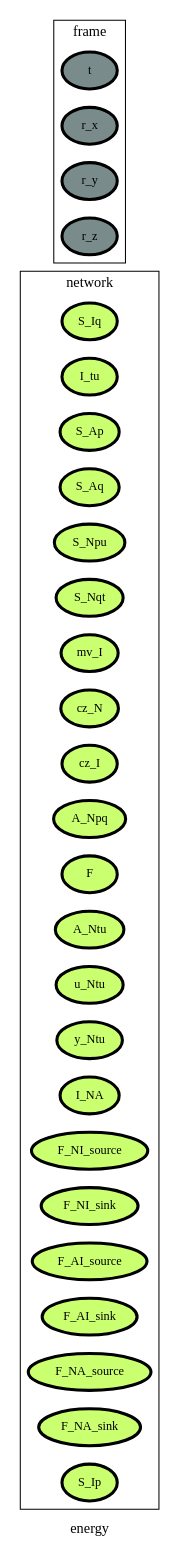
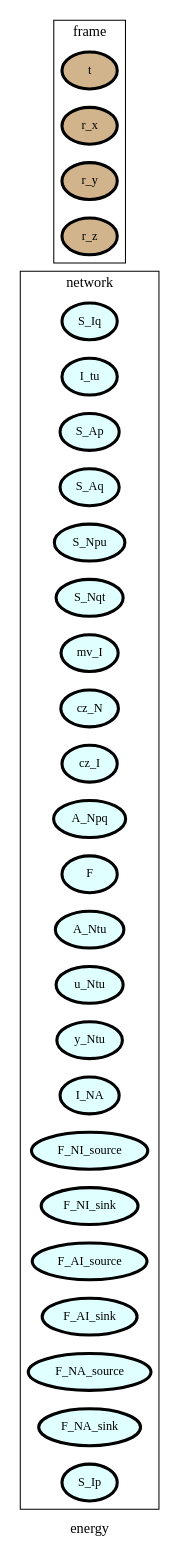
One commit to heinz-preisig/processes_starter changed the diagram in ontology_graphs/graph__energy.dot. Above: the diagram before and after it, drawn with Graphviz. The commit also changed 28 other files, not shown here.

```diff
--- a/ontology_graphs/graph__energy.dot
+++ b/ontology_graphs/graph__energy.dot
@@ -1,95 +1,95 @@
 digraph energy {
 label=energy;
 rankdir=LR;
 subgraph cluster_energy___transport {
 label=transport;
 rankdir=LR;
 }
 
 subgraph cluster_energy___geometry {
 label=geometry;
 rankdir=LR;
 }
 
 subgraph cluster_energy___properties {
 label=properties;
 rankdir=LR;
 }
 
 subgraph cluster_energy___network {
 label=network;
 rankdir=LR;
-V_10 [fillcolor=darkolivegreen1, fontsize=12, label=S_Iq, penwidth=3, style=filled];
-V_11 [fillcolor=darkolivegreen1, fontsize=12, label=I_tu, penwidth=3, style=filled];
-V_12 [fillcolor=darkolivegreen1, fontsize=12, label=S_Ap, penwidth=3, style=filled];
-V_13 [fillcolor=darkolivegreen1, fontsize=12, label=S_Aq, penwidth=3, style=filled];
-V_14 [fillcolor=darkolivegreen1, fontsize=12, label=S_Npu, penwidth=3, style=filled];
-V_15 [fillcolor=darkolivegreen1, fontsize=12, label=S_Nqt, penwidth=3, style=filled];
-V_16 [fillcolor=darkolivegreen1, fontsize=12, label=mv_I, penwidth=3, style=filled];
-V_17 [fillcolor=darkolivegreen1, fontsize=12, label=cz_N, penwidth=3, style=filled];
-V_18 [fillcolor=darkolivegreen1, fontsize=12, label=cz_I, penwidth=3, style=filled];
-V_19 [fillcolor=darkolivegreen1, fontsize=12, label=A_Npq, penwidth=3, style=filled];
-V_2 [fillcolor=darkolivegreen1, fontsize=12, label=F, penwidth=3, style=filled];
-V_20 [fillcolor=darkolivegreen1, fontsize=12, label=A_Ntu, penwidth=3, style=filled];
-V_21 [fillcolor=darkolivegreen1, fontsize=12, label=u_Ntu, penwidth=3, style=filled];
-V_22 [fillcolor=darkolivegreen1, fontsize=12, label=y_Ntu, penwidth=3, style=filled];
-V_27 [fillcolor=darkolivegreen1, fontsize=12, label=I_NA, penwidth=3, style=filled];
-V_3 [fillcolor=darkolivegreen1, fontsize=12, label=F_NI_source, penwidth=3, style=filled];
-V_4 [fillcolor=darkolivegreen1, fontsize=12, label=F_NI_sink, penwidth=3, style=filled];
-V_5 [fillcolor=darkolivegreen1, fontsize=12, label=F_AI_source, penwidth=3, style=filled];
-V_6 [fillcolor=darkolivegreen1, fontsize=12, label=F_AI_sink, penwidth=3, style=filled];
-V_7 [fillcolor=darkolivegreen1, fontsize=12, label=F_NA_source, penwidth=3, style=filled];
-V_8 [fillcolor=darkolivegreen1, fontsize=12, label=F_NA_sink, penwidth=3, style=filled];
-V_9 [fillcolor=darkolivegreen1, fontsize=12, label=S_Ip, penwidth=3, style=filled];
+V_10 [fillcolor=lightcyan, fontsize=12, label=S_Iq, penwidth=3, style=filled];
+V_11 [fillcolor=lightcyan, fontsize=12, label=I_tu, penwidth=3, style=filled];
+V_12 [fillcolor=lightcyan, fontsize=12, label=S_Ap, penwidth=3, style=filled];
+V_13 [fillcolor=lightcyan, fontsize=12, label=S_Aq, penwidth=3, style=filled];
+V_14 [fillcolor=lightcyan, fontsize=12, label=S_Npu, penwidth=3, style=filled];
+V_15 [fillcolor=lightcyan, fontsize=12, label=S_Nqt, penwidth=3, style=filled];
+V_16 [fillcolor=lightcyan, fontsize=12, label=mv_I, penwidth=3, style=filled];
+V_17 [fillcolor=lightcyan, fontsize=12, label=cz_N, penwidth=3, style=filled];
+V_18 [fillcolor=lightcyan, fontsize=12, label=cz_I, penwidth=3, style=filled];
+V_19 [fillcolor=lightcyan, fontsize=12, label=A_Npq, penwidth=3, style=filled];
+V_2 [fillcolor=lightcyan, fontsize=12, label=F, penwidth=3, style=filled];
+V_20 [fillcolor=lightcyan, fontsize=12, label=A_Ntu, penwidth=3, style=filled];
+V_21 [fillcolor=lightcyan, fontsize=12, label=u_Ntu, penwidth=3, style=filled];
+V_22 [fillcolor=lightcyan, fontsize=12, label=y_Ntu, penwidth=3, style=filled];
+V_27 [fillcolor=lightcyan, fontsize=12, label=I_NA, penwidth=3, style=filled];
+V_3 [fillcolor=lightcyan, fontsize=12, label=F_NI_source, penwidth=3, style=filled];
+V_4 [fillcolor=lightcyan, fontsize=12, label=F_NI_sink, penwidth=3, style=filled];
+V_5 [fillcolor=lightcyan, fontsize=12, label=F_AI_source, penwidth=3, style=filled];
+V_6 [fillcolor=lightcyan, fontsize=12, label=F_AI_sink, penwidth=3, style=filled];
+V_7 [fillcolor=lightcyan, fontsize=12, label=F_NA_source, penwidth=3, style=filled];
+V_8 [fillcolor=lightcyan, fontsize=12, label=F_NA_sink, penwidth=3, style=filled];
+V_9 [fillcolor=lightcyan, fontsize=12, label=S_Ip, penwidth=3, style=filled];
 }
 
 subgraph cluster_energy___differenceOperator {
 label=differenceOperator;
 rankdir=LR;
 }
 
 subgraph cluster_energy___frame {
 label=frame;
 rankdir=LR;
-V_1 [fillcolor=lightcyan4, fontsize=12, label=t, penwidth=3, style=filled];
-V_23 [fillcolor=lightcyan4, fontsize=12, label=r_x, penwidth=3, style=filled];
-V_24 [fillcolor=lightcyan4, fontsize=12, label=r_y, penwidth=3, style=filled];
-V_25 [fillcolor=lightcyan4, fontsize=12, label=r_z, penwidth=3, style=filled];
+V_1 [fillcolor=tan, fontsize=12, label=t, penwidth=3, style=filled];
+V_23 [fillcolor=tan, fontsize=12, label=r_x, penwidth=3, style=filled];
+V_24 [fillcolor=tan, fontsize=12, label=r_y, penwidth=3, style=filled];
+V_25 [fillcolor=tan, fontsize=12, label=r_z, penwidth=3, style=filled];
 }
 
 subgraph cluster_energy___state {
 label=state;
 rankdir=LR;
 }
 
 subgraph cluster_energy___constant {
 label=constant;
 rankdir=LR;
 }
 
 subgraph cluster_energy___effort {
 label=effort;
 rankdir=LR;
 }
 
 subgraph cluster_energy___secondaryState {
 label=secondaryState;
 rankdir=LR;
 }
 
 subgraph cluster_energy___conversion {
 label=conversion;
 rankdir=LR;
 }
 
 subgraph cluster_energy___diffState {
 label=diffState;
 rankdir=LR;
 }
 
 subgraph cluster_energy___internalTransport {
 label=internalTransport;
 rankdir=LR;
 }
 
 }
```
